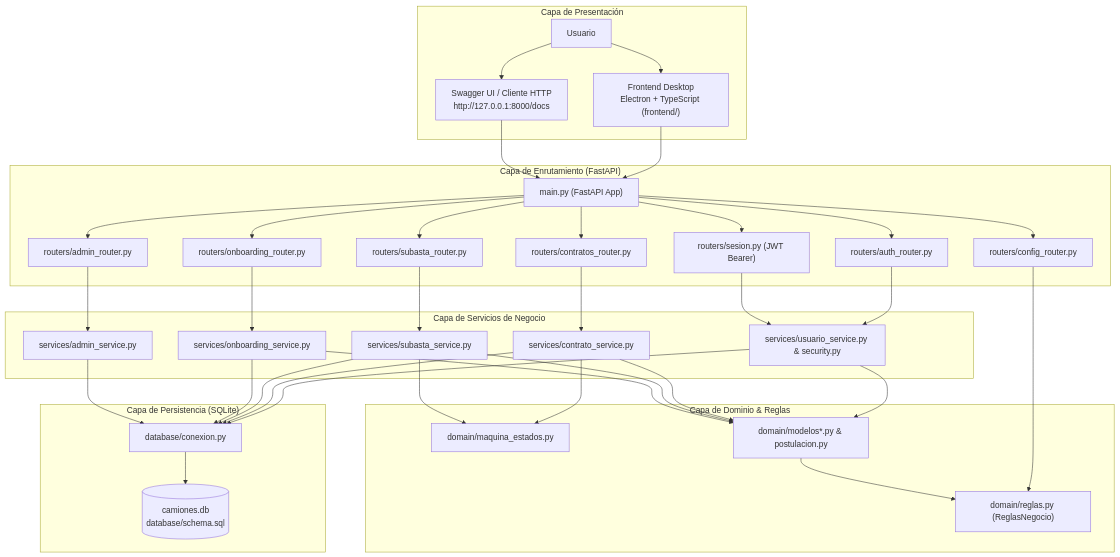
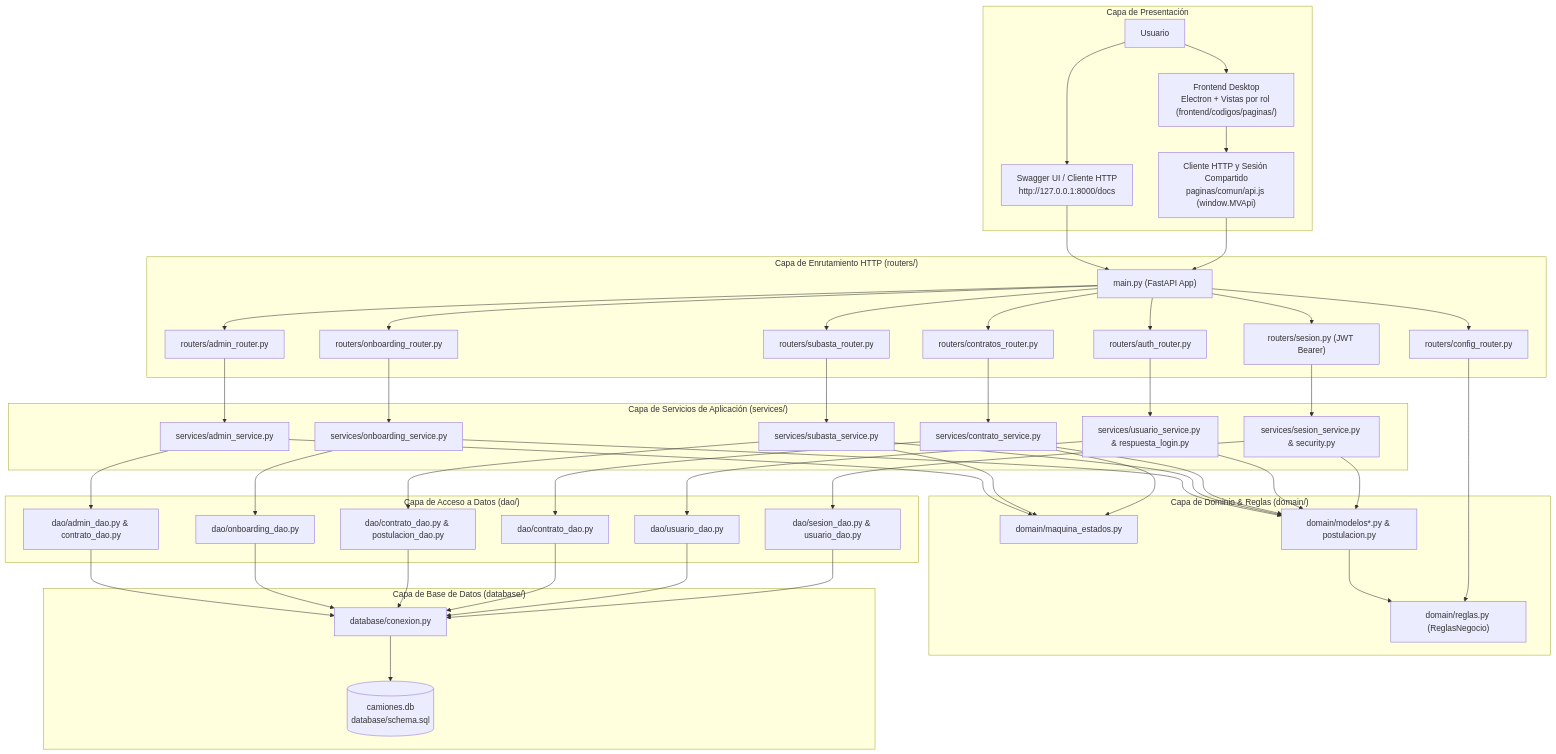
One commit to hamburgetestudent/Camiones_contratos changed the first of 2 diagrams in README.md. Above: the diagram before and after it, drawn with Mermaid. The commit also changed other lines of this file and 2 other files, not shown here.

Commit message:
doc("Documentación de la integración de postulación")

````diff
--- a/README.md
+++ b/README.md
@@ -276,38 +282,49 @@
 ```mermaid
 flowchart TD
     subgraph UI["Capa de Presentación"]
-        A["Usuario"] --> B["Frontend Desktop<br/>Electron + TypeScript (frontend/)"]
+        A["Usuario"] --> B["Frontend Desktop<br/>Electron + Vistas por rol (frontend/codigos/paginas/)"]
+        B --> FEAPI["Cliente HTTP y Sesión Compartido<br/>paginas/comun/api.js (window.MVApi)"]
         A --> C["Swagger UI / Cliente HTTP<br/>http://127.0.0.1:8000/docs"]
     end
 
-    subgraph API["Capa de Enrutamiento (FastAPI)"]
-        B & C --> D["main.py (FastAPI App)"]
+    subgraph API["Capa de Enrutamiento HTTP (routers/)"]
+        FEAPI & C --> D["main.py (FastAPI App)"]
         D --> SSEC["routers/sesion.py (JWT Bearer)"]
         D --> R1["routers/auth_router.py"]
         D --> R2["routers/admin_router.py"]
         D --> R3["routers/contratos_router.py"]
         D --> R4["routers/subasta_router.py"]
         D --> R5["routers/onboarding_router.py"]
         D --> R6["routers/config_router.py"]
     end
 
-    subgraph SERVICES["Capa de Servicios de Negocio"]
-        R1 & SSEC --> S1["services/usuario_service.py & security.py"]
+    subgraph SERVICES["Capa de Servicios de Aplicación (services/)"]
+        SSEC --> S0["services/sesion_service.py & security.py"]
+        R1 --> S1["services/usuario_service.py & respuesta_login.py"]
         R2 --> S5["services/admin_service.py"]
         R3 --> S2["services/contrato_service.py"]
         R4 --> S3["services/subasta_service.py"]
         R5 --> S4["services/onboarding_service.py"]
     end
 
-    subgraph DOMAIN["Capa de Dominio & Reglas"]
+    subgraph DOMAIN["Capa de Dominio & Reglas (domain/)"]
         R6 --> M3["domain/reglas.py (ReglasNegocio)"]
-        S2 & S3 --> M1["domain/maquina_estados.py"]
-        S1 & S2 & S3 & S4 --> M2["domain/modelos*.py & postulacion.py"]
+        S2 & S3 & S5 --> M1["domain/maquina_estados.py"]
+        S0 & S1 & S2 & S3 & S4 --> M2["domain/modelos*.py & postulacion.py"]
         M2 --> M3
     end
 
-    subgraph PERSISTENCE["Capa de Persistencia (SQLite)"]
-        S1 & S2 & S3 & S4 & S5 --> DBCON["database/conexion.py"]
+    subgraph DAO["Capa de Acceso a Datos (dao/)"]
+        S0 --> D0["dao/sesion_dao.py & usuario_dao.py"]
+        S1 --> D1["dao/usuario_dao.py"]
+        S2 --> D2["dao/contrato_dao.py"]
+        S3 --> D3["dao/contrato_dao.py & postulacion_dao.py"]
+        S4 --> D4["dao/onboarding_dao.py"]
+        S5 --> D5["dao/admin_dao.py & contrato_dao.py"]
+    end
+
+    subgraph PERSISTENCE["Capa de Base de Datos (database/)"]
+        D0 & D1 & D2 & D3 & D4 & D5 --> DBCON["database/conexion.py"]
         DBCON --> SQLITE[("camiones.db<br/>database/schema.sql")]
     end
 ```
````
